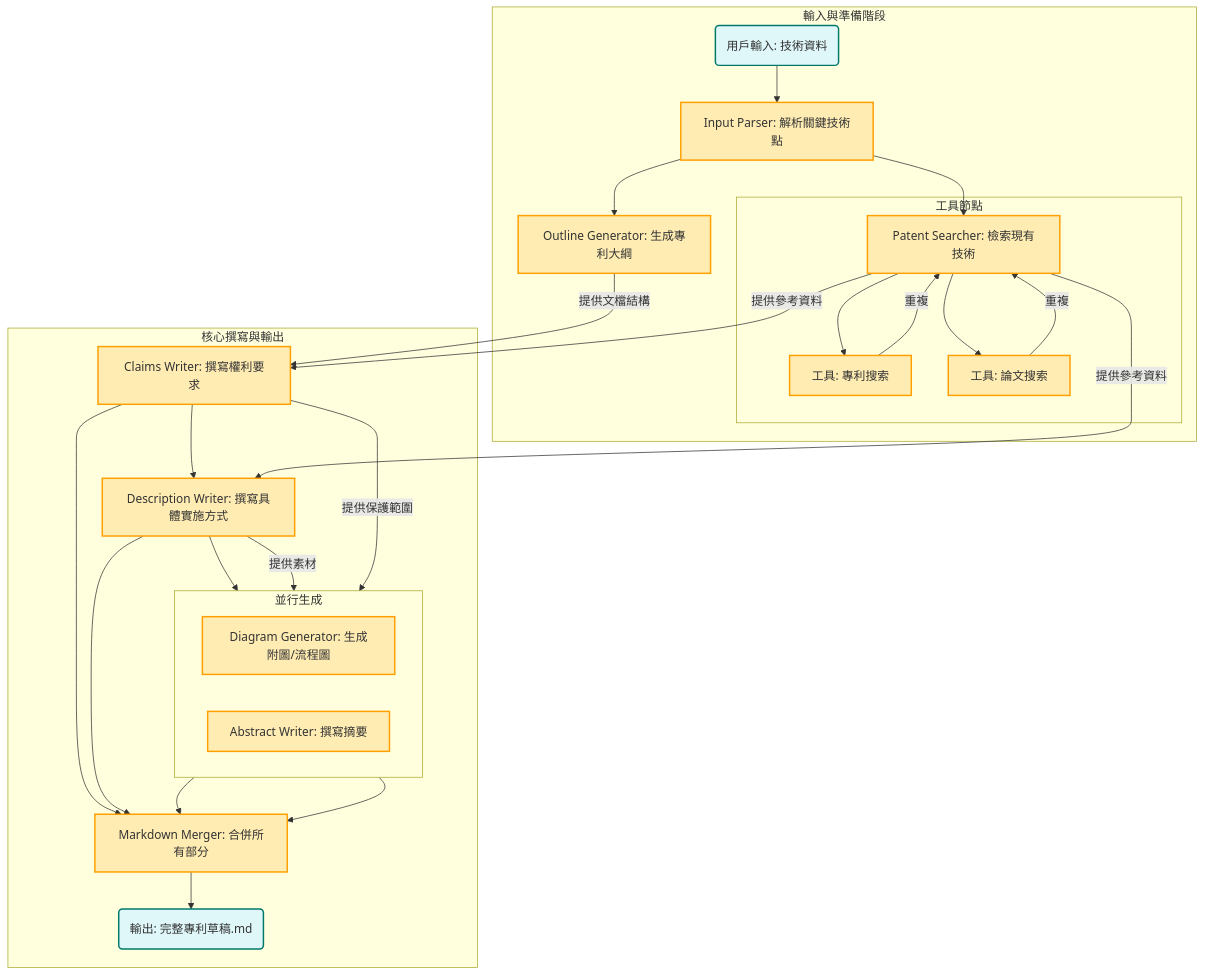
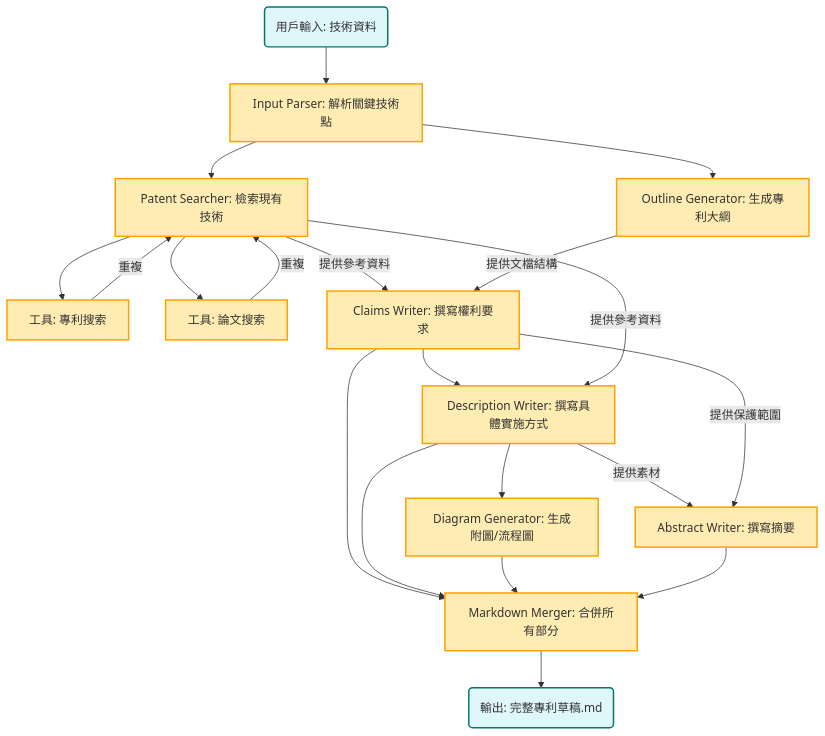
Before and after one commit to Raw1mage/PatentDrafter: the diagram in README.md, drawn with Mermaid. The commit also changed 13 other files, not shown here.

First line of the commit message:
修復所有 Mermaid 圖表語法問題

````diff
--- a/README.md
+++ b/README.md
@@ -27,59 +27,40 @@
 ```mermaid
-graph TD
-    subgraph "輸入與準備階段"
-        A(用戶輸入: 技術資料) --> B[Input Parser: 解析關鍵技術點];
-        B --> C[Patent Searcher: 檢索現有技術];
-        subgraph "工具節點"
-            %% --- 增加的工具節點 ---
-            C --> C1[工具: 專利搜索]
-            C --> C2[工具: 論文搜索]
-            %% --- 結束 ---
-        end
-        B --> D[Outline Generator: 生成專利大綱];
-        
-        %% --- 增加循環 ---
-        C1 -- "重複" --> C;
-        C2 -- "重複" --> C;
-    end
+flowchart TD
+    A(用戶輸入: 技術資料) --> B[Input Parser: 解析關鍵技術點]
+    B --> C[Patent Searcher: 檢索現有技術]
+    C --> C1[工具: 專利搜索]
+    C --> C2[工具: 論文搜索]
+    C1 -- "重複" --> C
+    C2 -- "重複" --> C
+    B --> D[Outline Generator: 生成專利大綱]
 
-    subgraph "核心撰寫與輸出"
-        E[Claims Writer: 撰寫權利要求]
-        F[Description Writer: 撰寫具體實施方式]
-        
-        subgraph "並行生成"
-            direction LR
-            G[Diagram Generator: 生成附圖/流程圖]
-            H[Abstract Writer: 撰寫摘要]
-        end
+    E[Claims Writer: 撰寫權利要求]
+    F[Description Writer: 撰寫具體實施方式]
+    G[Diagram Generator: 生成附圖/流程圖]
+    H[Abstract Writer: 撰寫摘要]
+    I[Markdown Merger: 合併所有部分]
+    J(輸出: 完整專利草稿.md)
 
-        I[Markdown Merger: 合併所有部分]
-        J(輸出: 完整專利草稿.md)
+    E --> F
+    F --> G
+    F -- "提供素材" --> H
+    E -- "提供保護範圍" --> H
 
-        %% --- 內部流向 ---
-        E --> F
-        F --> G
-        F -- "提供素材" --> H
-        E -- "提供保護範圍" --> H
-        
-        %% --- 匯合 ---
-        E --> I
-        F --> I
-        G --> I
-        H --> I
-        
-        I --> J
-    end
+    E --> I
+    F --> I
+    G --> I
+    H --> I
 
-    %% --- 跨子圖鏈接 ---
-    C -- "提供參考資料" --> E;
-    D -- "提供文檔結構" --> E;
-    C -- "提供參考資料" --> F;
+    I --> J
 
-    %% 樣式
-    classDef default fill:#f9f9f9,stroke:#333,stroke-width:2px;
-    classDef input fill:#E0F7FA,stroke:#00796B;
-    classDef output fill:#FFECB3,stroke:#FFA000;
-    
-    class A,J input;
-    class B,C,D,E,F,G,H,I,C1,C2 output;
+    C -- "提供參考資料" --> E
+    D -- "提供文檔結構" --> E
+    C -- "提供參考資料" --> F
+
+    classDef default fill:#f9f9f9,stroke:#333,stroke-width:2px
+    classDef input fill:#E0F7FA,stroke:#00796B
+    classDef output fill:#FFECB3,stroke:#FFA000
+
+    class A,J input
+    class B,C,D,E,F,G,H,I,C1,C2 output
 ```
````
